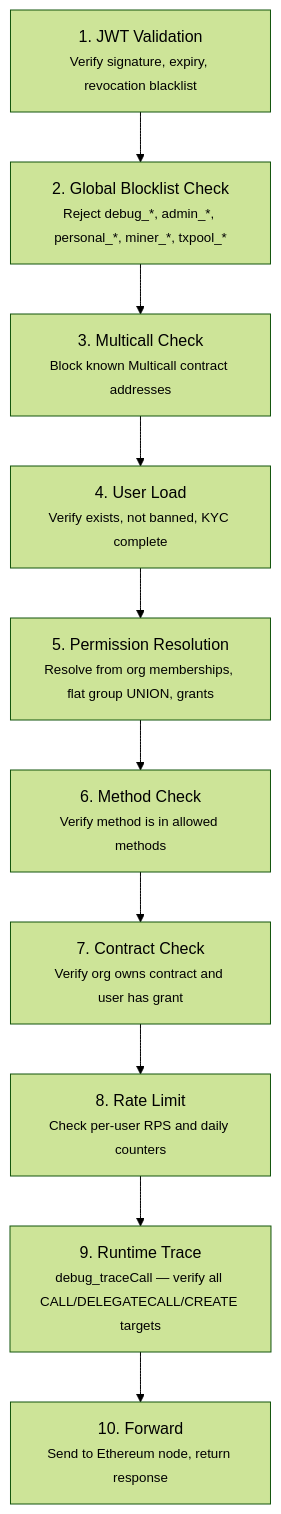
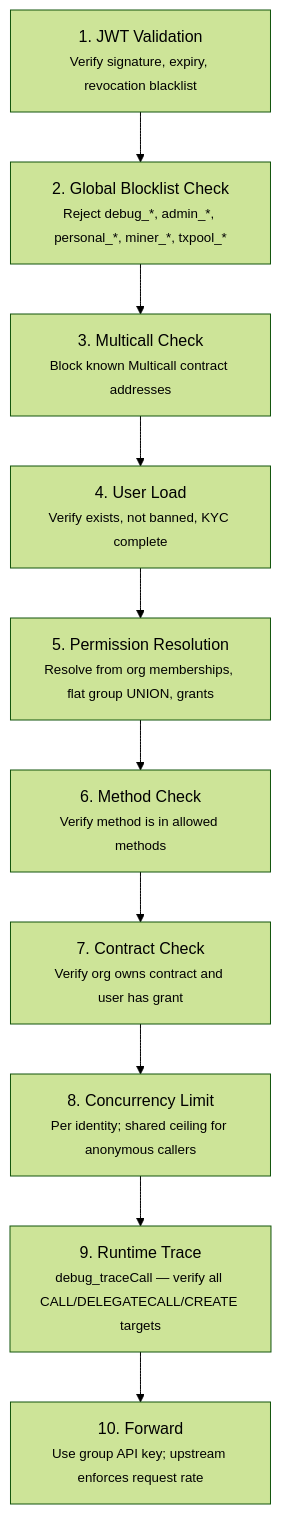
Before and after one commit to alainncls/open-privacy-suite: the second of 3 diagrams in site/src/app/docs/architecture/page.mdx, drawn with Mermaid (forest theme). The commit also changed other lines of this file and 11 other files, not shown here.

Commit message:
fix(dos): align hardening with upstream rate-limit architecture

````diff
--- a/site/src/app/docs/architecture/page.mdx
+++ b/site/src/app/docs/architecture/page.mdx
@@ -63,15 +63,15 @@
 ```mermaid
 graph TD
     A["1. JWT Validation<br/><small>Verify signature, expiry, revocation blacklist</small>"]
     B["2. Global Blocklist Check<br/><small>Reject debug_*, admin_*, personal_*, miner_*, txpool_*</small>"]
     C["3. Multicall Check<br/><small>Block known Multicall contract addresses</small>"]
     D["4. User Load<br/><small>Verify exists, not banned, KYC complete</small>"]
     E["5. Permission Resolution<br/><small>Resolve from org memberships, flat group UNION, grants</small>"]
     F["6. Method Check<br/><small>Verify method is in allowed methods</small>"]
     G["7. Contract Check<br/><small>Verify org owns contract and user has grant</small>"]
-    H["8. Rate Limit<br/><small>Check per-user RPS and daily counters</small>"]
+    H["8. Concurrency Limit<br/><small>Per identity; shared ceiling for anonymous callers</small>"]
     I["9. Runtime Trace<br/><small>debug_traceCall — verify all CALL/DELEGATECALL/CREATE targets</small>"]
-    J["10. Forward<br/><small>Send to Ethereum node, return response</small>"]
+    J["10. Forward<br/><small>Use group API key; upstream enforces request rate</small>"]
 
     A --> B --> C --> D --> E --> F --> G --> H --> I --> J
 ```
````
